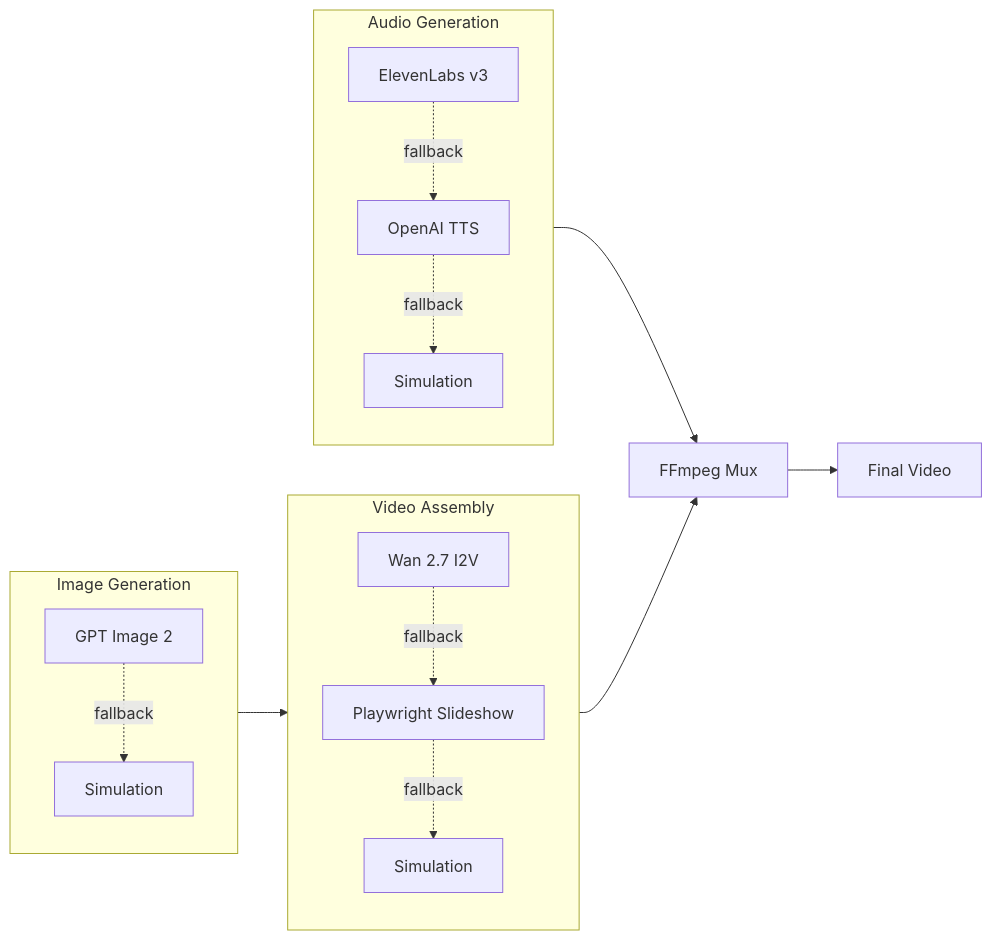
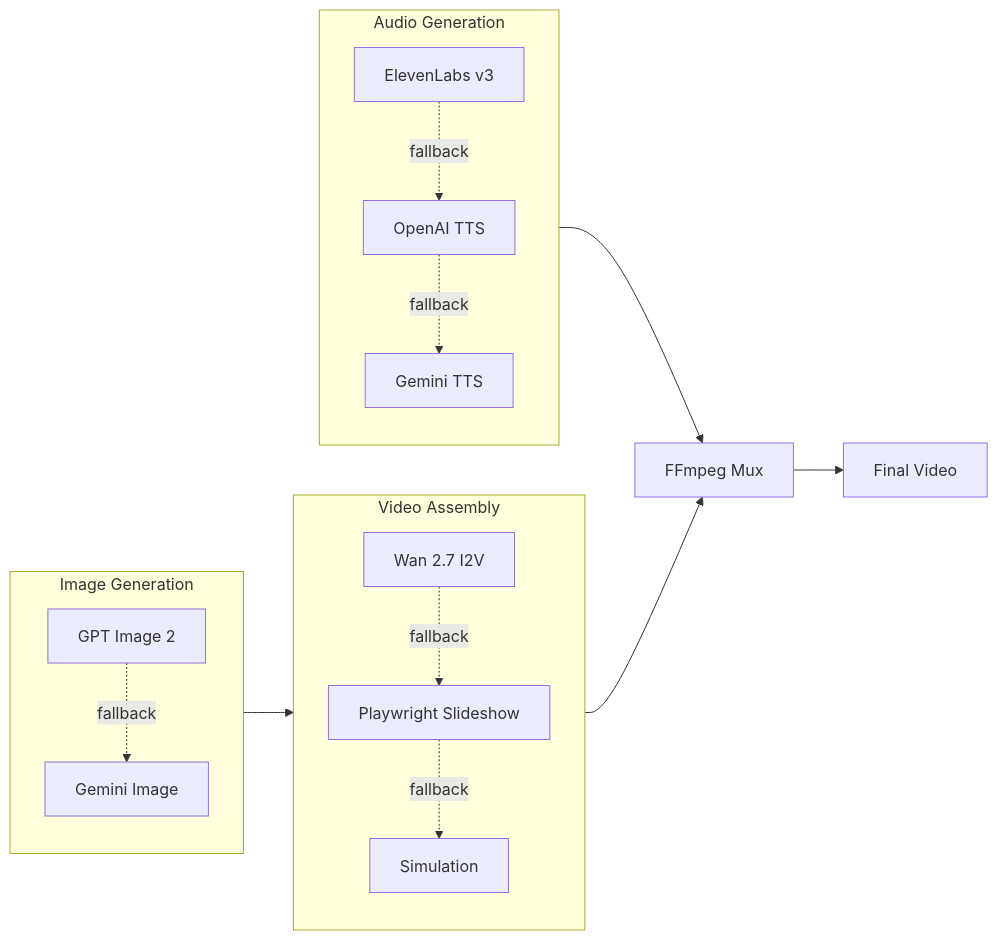
The fourth of 4 diagrams in README.md (blaizetutors-blip/youtube-automation-agent), drawn with Mermaid before and after one commit. The commit also changed other lines of this file and 17 other files, not shown here.

````diff
--- a/README.md
+++ b/README.md
@@ -280,24 +308,24 @@
 ```mermaid
 flowchart LR
     subgraph TTS["Audio Generation"]
         direction TB
         EL[ElevenLabs v3] -.->|fallback| OA[OpenAI TTS]
-        OA -.->|fallback| SIM1[Simulation]
+        OA -.->|fallback| GM[Gemini TTS]
     end
 
     subgraph IMG["Image Generation"]
         direction TB
-        GPT[GPT Image 2] -.->|fallback| SIM2[Simulation]
+        GPT[GPT Image 2] -.->|fallback| GI[Gemini Image]
     end
 
     subgraph VID["Video Assembly"]
         direction TB
         WAN[Wan 2.7 I2V] -.->|fallback| PW[Playwright Slideshow]
         PW -.->|fallback| SIM3[Simulation]
     end
 
     TTS --> MIX[FFmpeg Mux]
     IMG --> VID
     VID --> MIX
     MIX --> OUT[Final Video]
 ```
````
